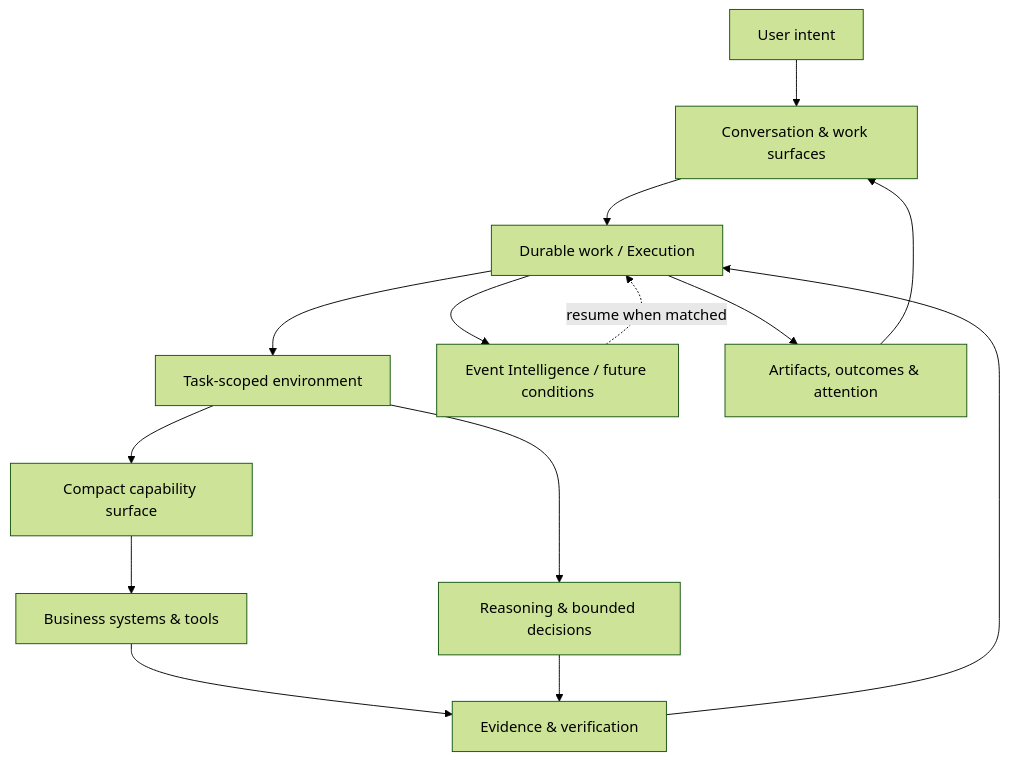
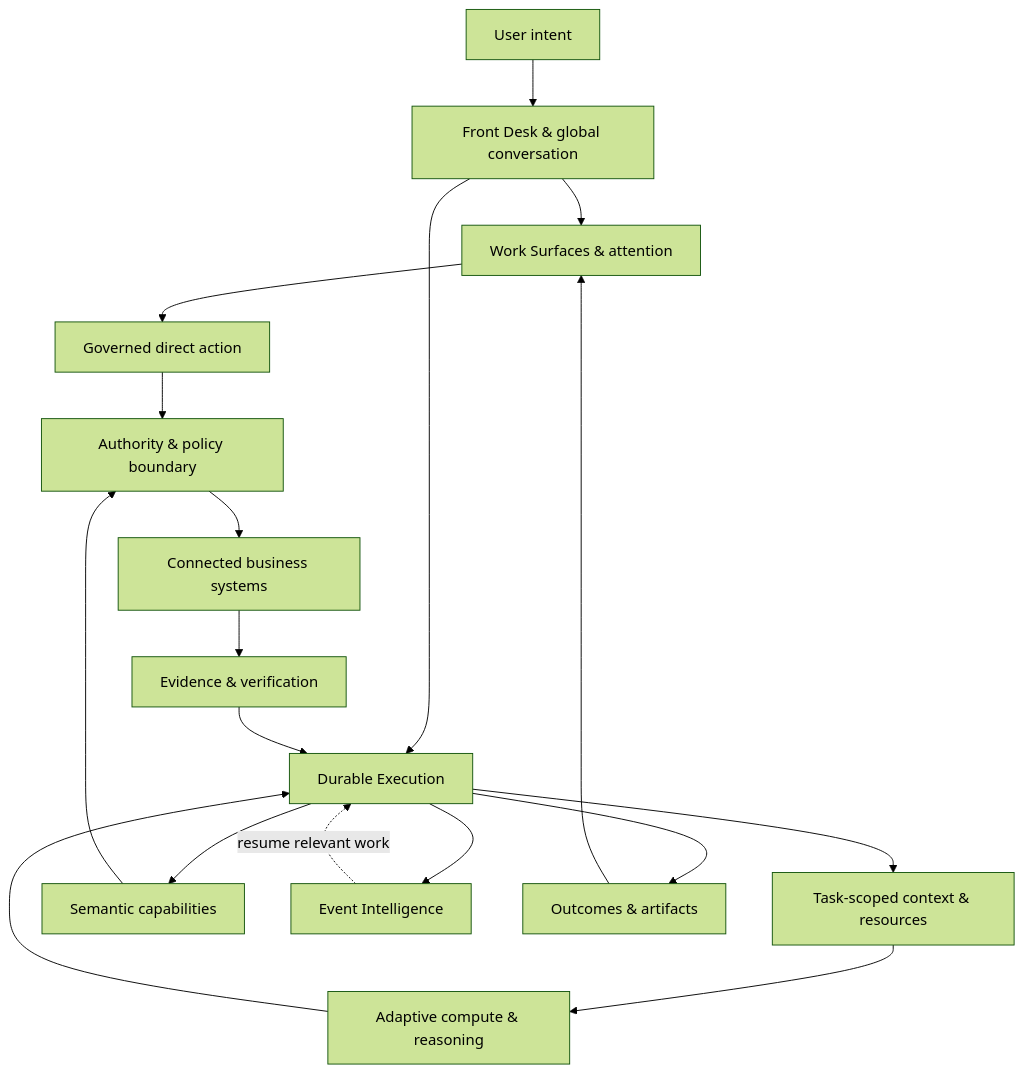
The diagram in README.md (sarooo17/artemis-architecture), drawn with Mermaid (forest theme) before and after one commit. The commit also changed other lines of this file, not shown here.

Commit message:
docs: show Front Desk, direct actions, and authority in conceptual architecture

````diff
--- a/README.md
+++ b/README.md
@@ -52,16 +52,20 @@
 ```mermaid
 flowchart TB
-  U["User intent"] --> X["Conversation & work surfaces"]
-  X --> E["Durable work / Execution"]
-  E --> C["Task-scoped environment"]
-  C --> R["Reasoning & bounded decisions"]
-  C --> K["Compact capability surface"]
-  K --> W["Business systems & tools"]
-  E --> T["Event Intelligence / future conditions"]
-  T -. "resume when matched" .-> E
-  W --> V["Evidence & verification"]
-  R --> V
+  U["User intent"] --> FD["Front Desk & global conversation"]
+  FD --> UI["Work Surfaces & attention"]
+  FD --> E["Durable Execution"]
+  E --> ENV["Task-scoped context & resources"]
+  ENV --> C["Adaptive compute & reasoning"]
+  E --> CAP["Semantic capabilities"]
+  CAP --> P["Authority & policy boundary"]
+  UI --> DA["Governed direct action"]
+  DA --> P
+  P --> SYS["Connected business systems"]
+  SYS --> V["Evidence & verification"]
+  C --> E
   V --> E
-  E --> O["Artifacts, outcomes & attention"]
-  O --> X
+  E --> EI["Event Intelligence"]
+  EI -. "resume relevant work" .-> E
+  E --> O["Outcomes & artifacts"]
+  O --> UI
 ```
````
